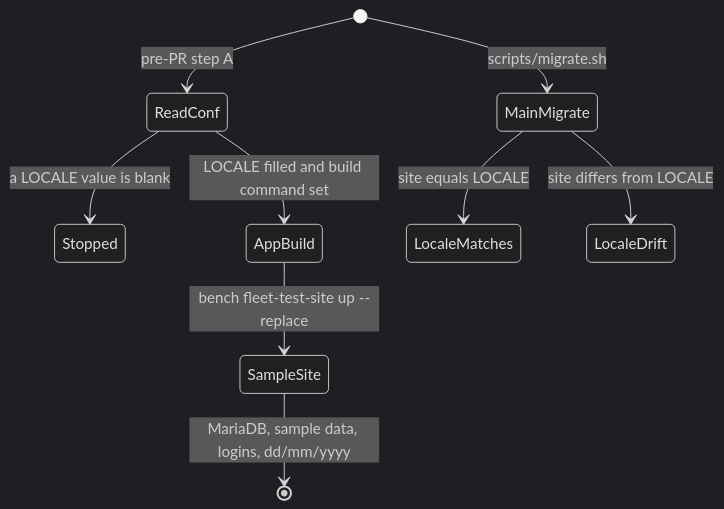
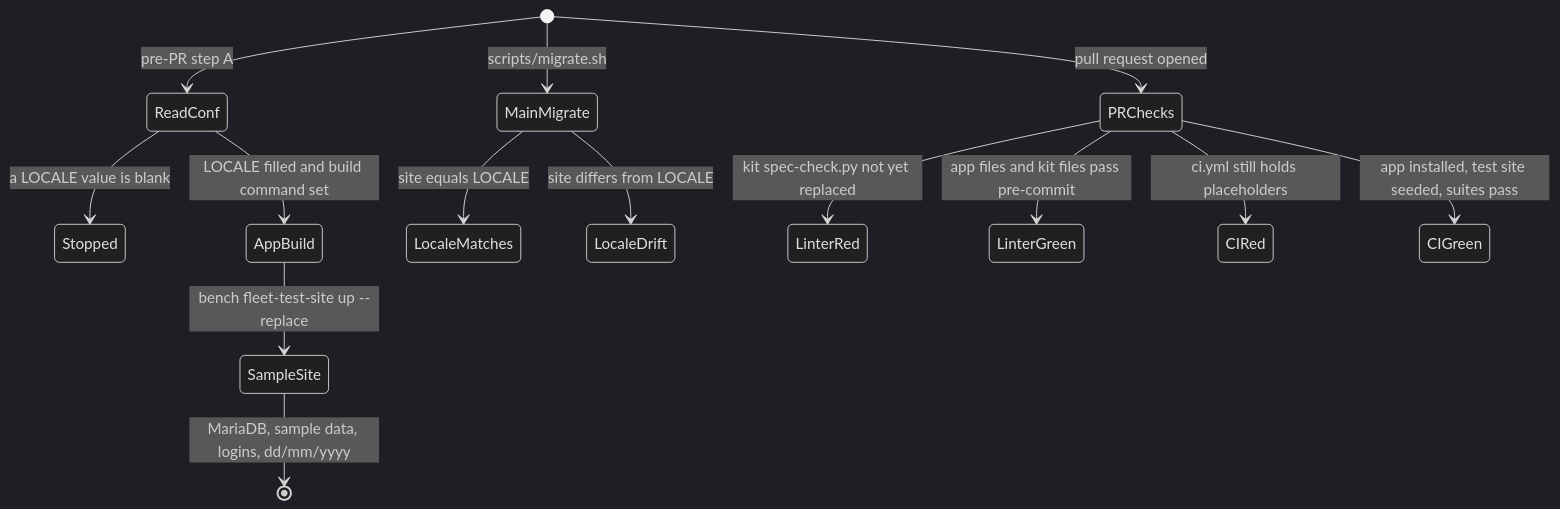
Before and after one commit to BrianKipngetich1/fleet_management: the diagram in specs/004-test-site-locale/design.md, drawn with Mermaid (dark theme). The commit also changed other lines of this file and 2 other files, not shown here.

Commit message:
docs(specs): add the failing pull-request checks to the test-site fix

````diff
--- a/specs/004-test-site-locale/design.md
+++ b/specs/004-test-site-locale/design.md
@@ -85,11 +134,16 @@
 ```mermaid
 stateDiagram-v2
     [*] --> ReadConf: pre-PR step A
     ReadConf --> Stopped: a LOCALE value is blank
     ReadConf --> AppBuild: LOCALE filled and build command set
     AppBuild --> SampleSite: bench fleet-test-site up --replace
     SampleSite --> [*]: MariaDB, sample data, logins, dd/mm/yyyy
     [*] --> MainMigrate: scripts/migrate.sh
     MainMigrate --> LocaleMatches: site equals LOCALE
     MainMigrate --> LocaleDrift: site differs from LOCALE
+    [*] --> PRChecks: pull request opened
+    PRChecks --> LinterRed: kit spec-check.py not yet replaced
+    PRChecks --> LinterGreen: app files and kit files pass pre-commit
+    PRChecks --> CIRed: ci.yml still holds placeholders
+    PRChecks --> CIGreen: app installed, test site seeded, suites pass
 ```
````
